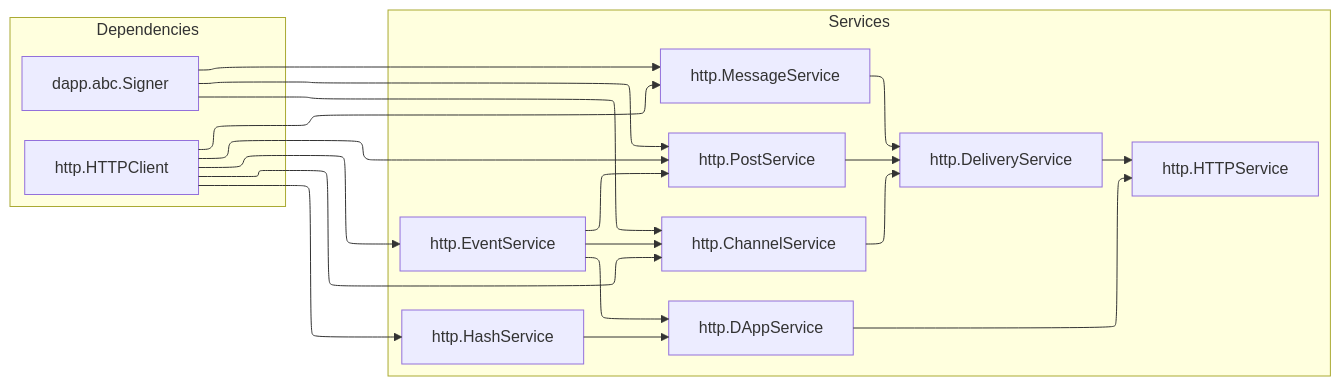
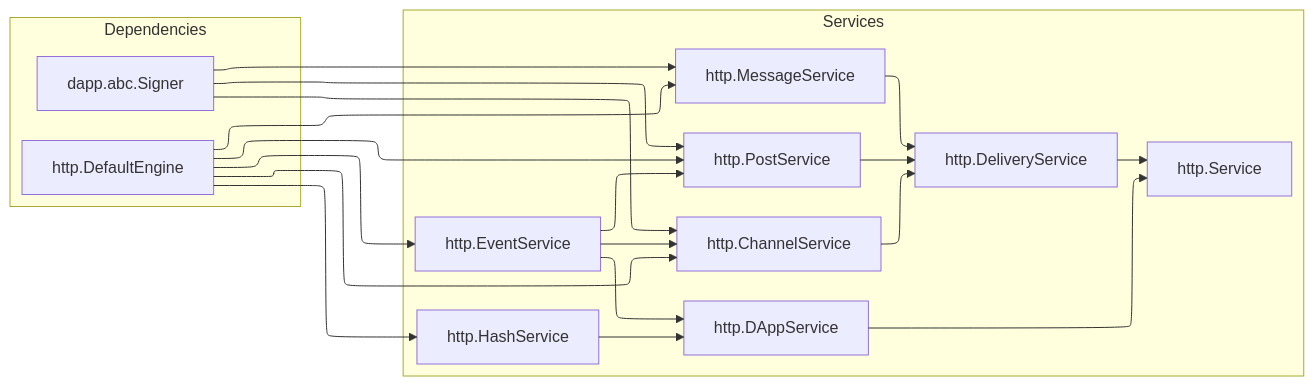
Before and after one commit to istyna/py-pletyvo: the diagram in README.md, drawn with Mermaid. The commit also changed other lines of this file and 6 other files, not shown here.

````diff
--- a/README.md
+++ b/README.md
@@ -77,36 +77,36 @@
 ```mermaid
 ---
 config:
   layout: elk
 ---
 flowchart LR
 
   subgraph Dependencies
     dapp.abc.Signer["dapp.abc.Signer"]
-    http.HTTPClient["http.HTTPClient"]
+    http.DefaultEngine["http.DefaultEngine"]
   end
 
   subgraph Services
     http.HashService["http.HashService"]
     http.EventService["http.EventService"]
     http.ChannelService["http.ChannelService"]
     http.PostService["http.PostService"]
     http.MessageService["http.MessageService"]
     http.DAppService["http.DAppService"]
     http.DeliveryService["http.DeliveryService"]
-    http.HTTPService["http.HTTPService"]
+    http.Service["http.Service"]
   end
 
   dapp.abc.Signer --> http.ChannelService & http.PostService & http.MessageService
-  http.HTTPClient --> http.HashService & http.EventService & http.ChannelService & http.PostService & http.MessageService
+  http.DefaultEngine --> http.HashService & http.EventService & http.ChannelService & http.PostService & http.MessageService
 
   http.EventService --> http.ChannelService & http.PostService & http.DAppService
   http.HashService --> http.DAppService
 
   http.ChannelService --> http.DeliveryService
   http.PostService --> http.DeliveryService
   http.MessageService --> http.DeliveryService
 
-  http.DAppService --> http.HTTPService
-  http.DeliveryService --> http.HTTPService
+  http.DAppService --> http.Service
+  http.DeliveryService --> http.Service
 ```
````
